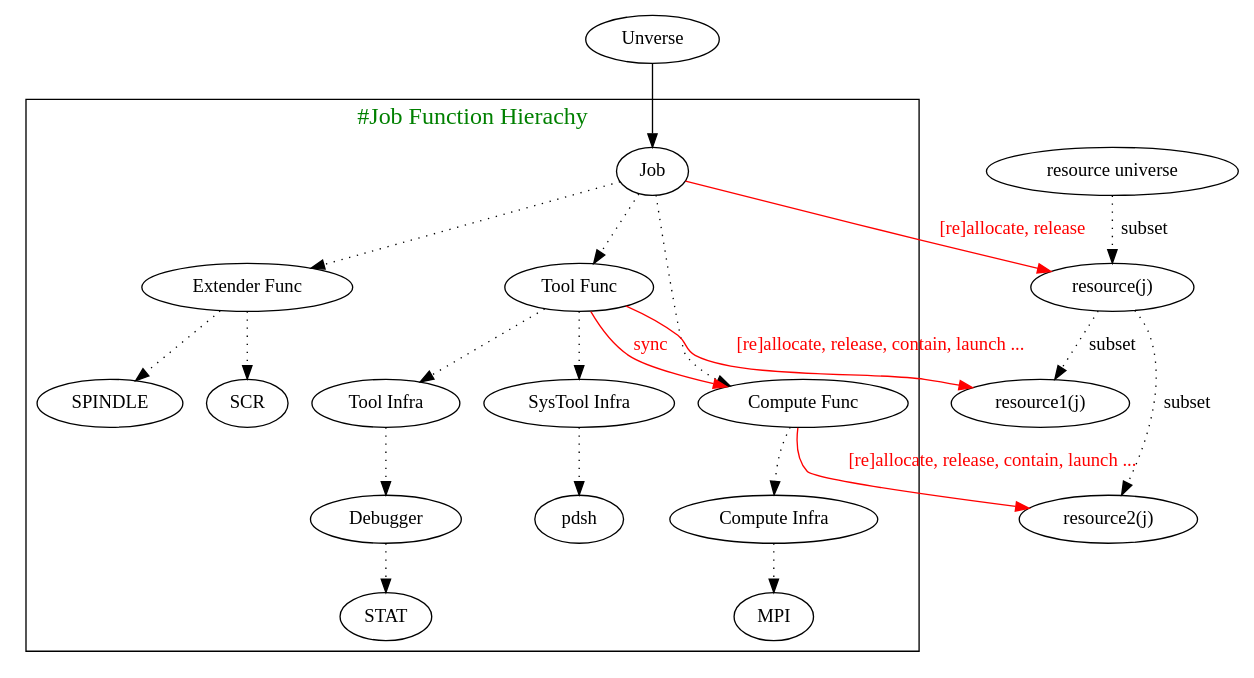
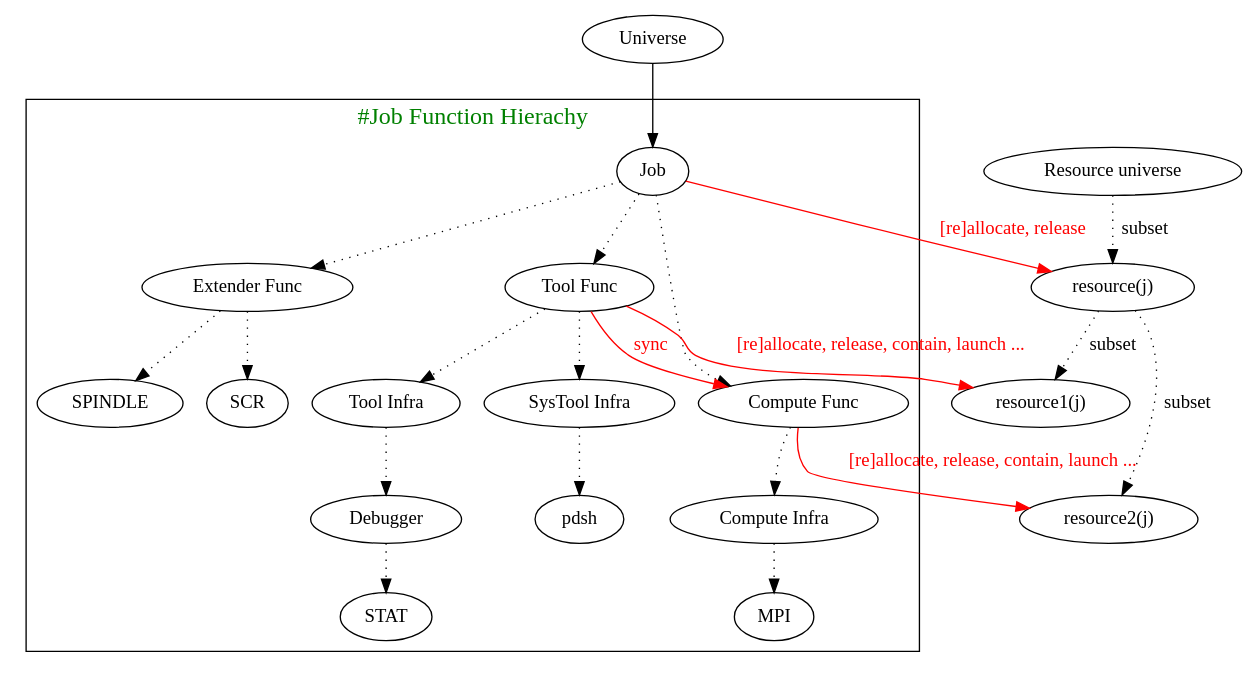
One commit to flux-framework/flux-core changed the diagram in doc/wrap_thrust/wrap.dot. Above: the diagram before and after it, drawn with Graphviz. The commit also changed 2 other files, not shown here.

```diff
--- a/doc/wrap_thrust/wrap.dot
+++ b/doc/wrap_thrust/wrap.dot
@@ -1,91 +1,91 @@
 digraph G {
 
-universe [label="Unverse"]
+universe [label="Universe"]
 
 subgraph cluster0{
 fontsize=18
 label="#Job Function Hierachy";
 fontcolor=green;
 
 
 job1 [label="Job"];
 
 
 jf1 [label="Compute Func"]; 
 jf2 [label="Tool Func"]; 
 jf3 [label="Extender Func"]; 
 
 job1->jf1 [style=dotted];
 job1->jf2 [style=dotted];
 job1->jf3 [style=dotted];
 
 jf2->jf1 [label="sync" color=red fontcolor=red]
 
 jf1_1 [label="Compute Infra"];
 jf2_2 [label="Tool Infra"];
 jf2_3 [label="SysTool Infra"];
 jf3_1 [label="SPINDLE"];
 jf3_2 [label="SCR"];
 jf1_1_1 [label="MPI"];
 jf2_2_1 [label="Debugger"];
 jf2_3_1 [label="pdsh"];
 jf2_2_1_1 [label="STAT"];
 
 
 jf1->jf1_1 [style=dotted];
 jf2->jf2_2 [style=dotted];
 jf2->jf2_3 [style=dotted];
 jf3->jf3_1 [style=dotted];
 jf3->jf3_2 [style=dotted];
 
 jf1_1 -> jf1_1_1 [style=dotted];
 jf2_2 -> jf2_2_1 [style=dotted];
 jf2_3 -> jf2_3_1 [style=dotted];
 
 jf2_2_1 -> jf2_2_1_1 [style=dotted]; 
 
 }
 
 universe->job1;
 
 
 #subgraph cluster1{
 #fontsize=18
 #label="#Associated Resource Hierarchy";
 #fontcolor=navyblue;
 
-res [label="resource universe"];
+res [label="Resource universe"];
 res1 [label="resource(j)"];
 res2 [label="resource1(j)"];
 res3 [label="resource2(j)"];
 
 res->res1 [label="subset"] [style=dotted];
 res1->res2 [label="subset"] [style=dotted];
 res1->res3 [label="subset"] [style=dotted];
 
 #res1_1 [label="fixed"];
 #res1_2 [label="consumable"];
 #res1_3 [label="enhancer"];
 #
 #res1_1_1 [label="CNs"];
 #res1_1_2 [label="licences"];
 #res1_1_3 [label="IONs"];
 #res1_2_1 [label="power"];
 #res1_3_1 [label="noiseless"];
 #
 #res1->res1_1;
 #res1->res1_2;
 #res1->res1_3;
 #
 #res1_1->res1_1_1;
 #res1_1->res1_1_2;
 #res1_1->res1_1_3;
 #res1_2->res1_2_1;
 #res1_3->res1_3_1;
 
 #}
 job1->res1 [label="[re]allocate, release" fontcolor=red color=red];
 jf2->res2 [label="[re]allocate, release, contain, launch ..." fontcolor=red color=red];
 jf1->res3 [label="[re]allocate, release, contain, launch ..." fontcolor=red color=red];
 
 }
```
